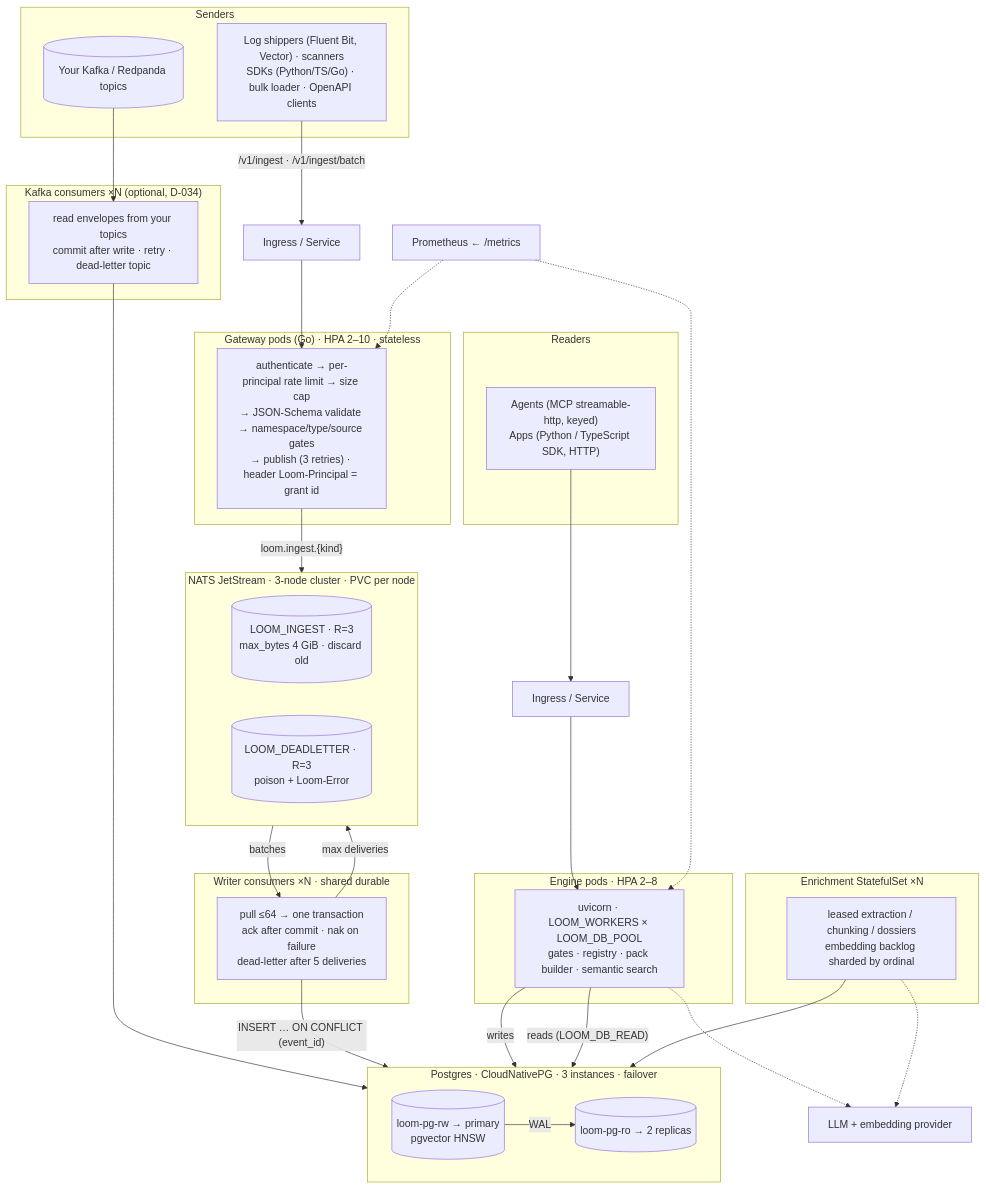
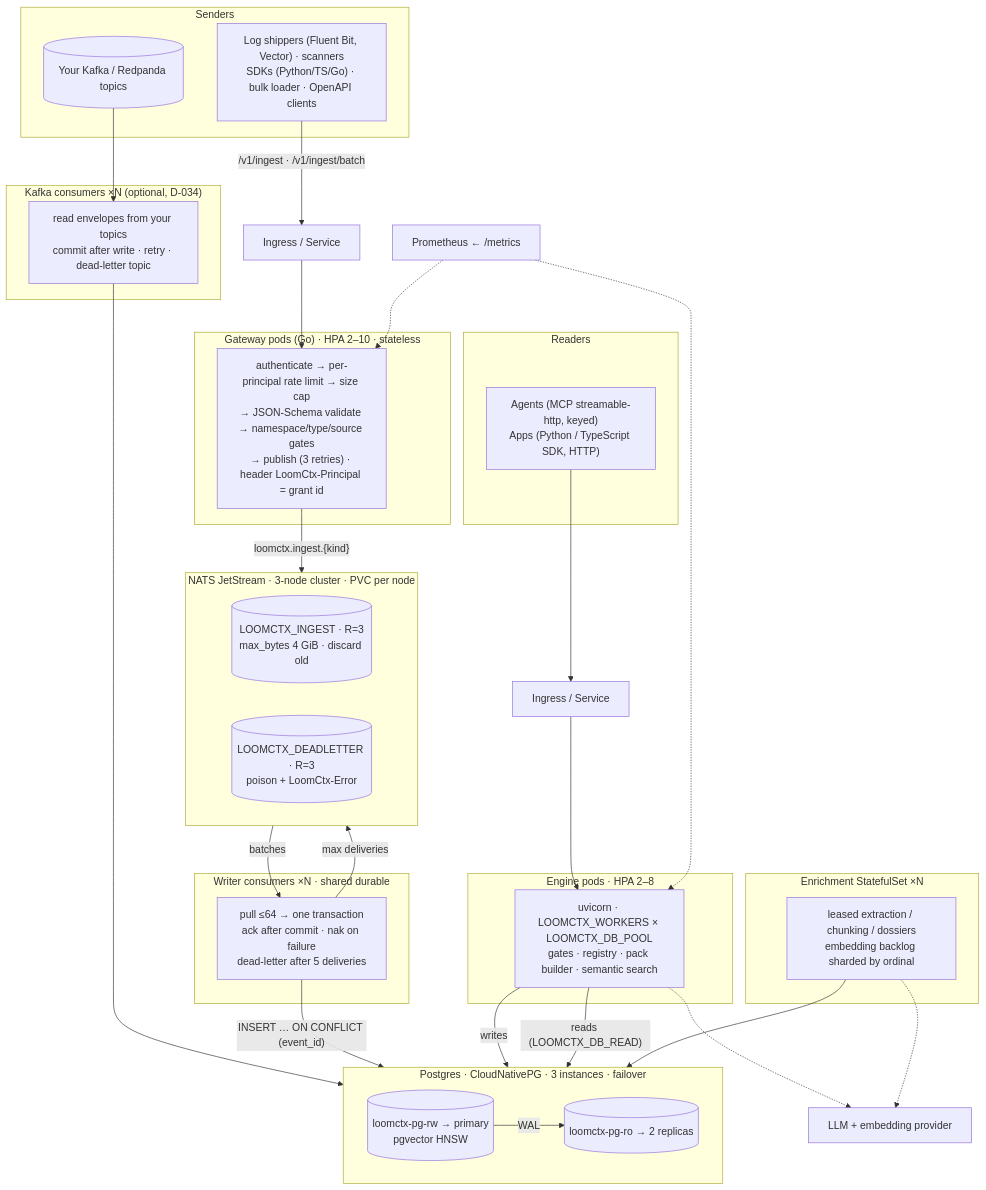
Before and after one commit to seahop/loomctx: the second of 5 diagrams in docs/infrastructure.md, drawn with Mermaid. The commit also changed other lines of this file and 266 other files, not shown here.

First line of the commit message:
refactor: rename the project to LoomCtx (D-088)

````diff
--- a/docs/infrastructure.md
+++ b/docs/infrastructure.md
@@ -70,64 +70,64 @@
 ```mermaid
 flowchart TB
     subgraph senders["Senders"]
         shippers["Log shippers (Fluent Bit, Vector) · scanners<br/>SDKs (Python/TS/Go) · bulk loader · OpenAPI clients"]
         kafka[("Your Kafka / Redpanda topics")]
     end
     subgraph readers["Readers"]
         agents["Agents (MCP streamable-http, keyed)<br/>Apps (Python / TypeScript SDK, HTTP)"]
     end
 
     lb1["Ingress / Service"]
     lb2["Ingress / Service"]
 
     subgraph gws["Gateway pods (Go) · HPA 2–10 · stateless"]
-        gw["authenticate → per-principal rate limit → size cap<br/>→ JSON-Schema validate → namespace/type/source gates<br/>→ publish (3 retries) · header Loom-Principal = grant id"]
+        gw["authenticate → per-principal rate limit → size cap<br/>→ JSON-Schema validate → namespace/type/source gates<br/>→ publish (3 retries) · header LoomCtx-Principal = grant id"]
     end
 
     subgraph nats["NATS JetStream · 3-node cluster · PVC per node"]
         direction LR
-        s1[("LOOM_INGEST · R=3<br/>max_bytes 4 GiB · discard old")]
-        s2[("LOOM_DEADLETTER · R=3<br/>poison + Loom-Error")]
+        s1[("LOOMCTX_INGEST · R=3<br/>max_bytes 4 GiB · discard old")]
+        s2[("LOOMCTX_DEADLETTER · R=3<br/>poison + LoomCtx-Error")]
     end
 
     subgraph cons["Writer consumers ×N · shared durable"]
         c1["pull ≤64 → one transaction<br/>ack after commit · nak on failure<br/>dead-letter after 5 deliveries"]
     end
 
     subgraph kcons["Kafka consumers ×N (optional, D-034)"]
         k1["read envelopes from your topics<br/>commit after write · retry · dead-letter topic"]
     end
 
     subgraph engs["Engine pods · HPA 2–8"]
-        e1["uvicorn · LOOM_WORKERS × LOOM_DB_POOL<br/>gates · registry · pack builder · semantic search"]
+        e1["uvicorn · LOOMCTX_WORKERS × LOOMCTX_DB_POOL<br/>gates · registry · pack builder · semantic search"]
     end
 
     subgraph wks["Enrichment StatefulSet ×N"]
         w1["leased extraction / chunking / dossiers<br/>embedding backlog sharded by ordinal"]
     end
 
     subgraph pg["Postgres · CloudNativePG · 3 instances · failover"]
         direction LR
-        rw[("loom-pg-rw → primary<br/>pgvector HNSW")]
-        ro[("loom-pg-ro → 2 replicas")]
+        rw[("loomctx-pg-rw → primary<br/>pgvector HNSW")]
+        ro[("loomctx-pg-ro → 2 replicas")]
         rw -- "WAL" --> ro
     end
 
     llm["LLM + embedding provider"]
     prom["Prometheus ← /metrics"]
 
     shippers -- "/v1/ingest · /v1/ingest/batch" --> lb1 --> gw
     kafka --> k1 --> rw
-    gw -- "loom.ingest.{kind}" --> s1
+    gw -- "loomctx.ingest.{kind}" --> s1
     s1 -- "batches" --> c1
     c1 -- "max deliveries" --> s2
     c1 -- "INSERT … ON CONFLICT (event_id)" --> rw
     agents --> lb2 --> e1
     e1 -- "writes" --> rw
-    e1 -- "reads (LOOM_DB_READ)" --> ro
+    e1 -- "reads (LOOMCTX_DB_READ)" --> ro
     w1 --> rw
     e1 -.-> llm
     w1 -.-> llm
     prom -.-> e1
     prom -.-> gw
 ```
````
